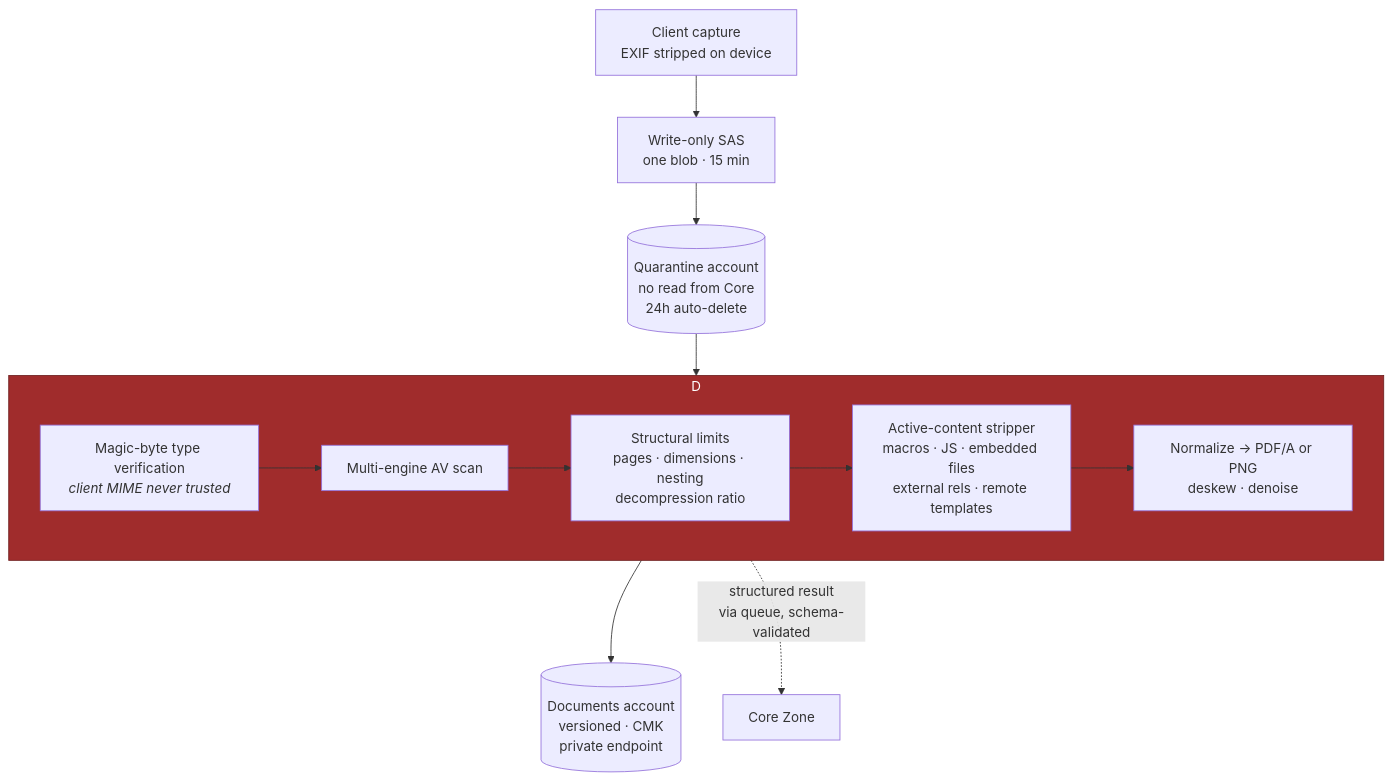
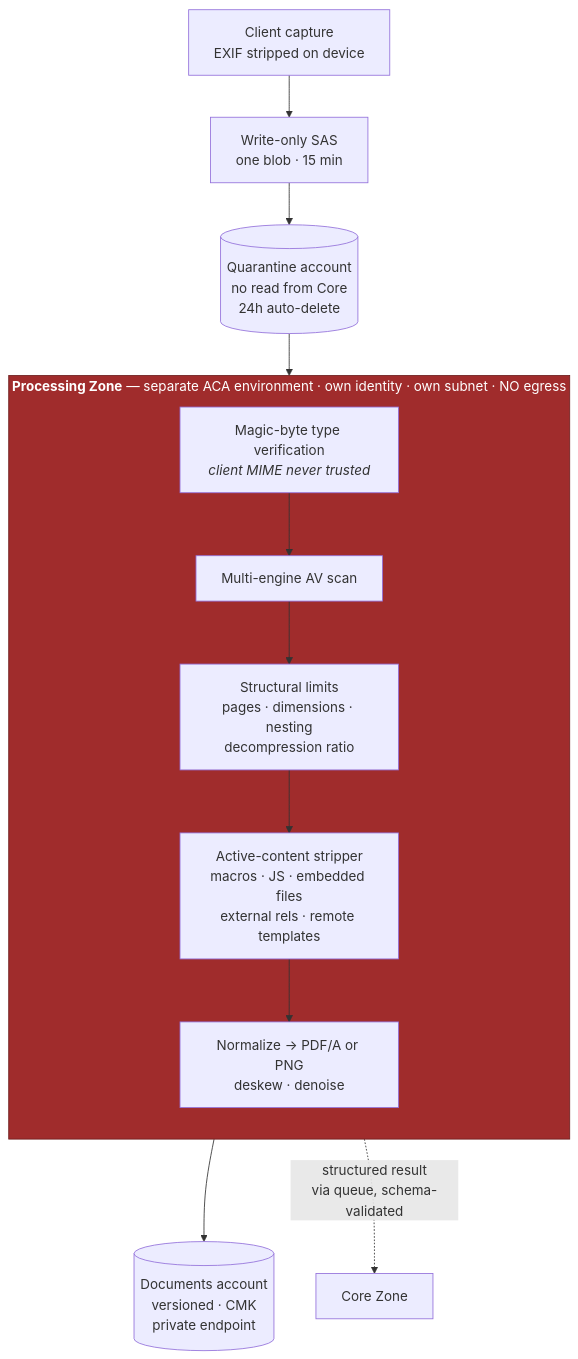
Before and after one commit to HybridCloudWorks/PEN-lapluma_app: the diagram in docs/06-security-architecture.md, drawn with Mermaid. The commit also changed 9 other files, not shown here.

````diff
--- a/docs/06-security-architecture.md
+++ b/docs/06-security-architecture.md
@@ -178,18 +178,19 @@
 ```mermaid
 flowchart TB
   A["Client capture<br/>EXIF stripped on device"] --> B["Write-only SAS<br/>one blob · 15 min"]
   B --> C[("Quarantine account<br/>no read from Core<br/>24h auto-delete")]
-  C --> D["<b>Processing Zone</b><br/>separate ACA environment<br/>own identity · own subnet"]
-  subgraph D
+  subgraph PROC["<b>Processing Zone</b> — separate ACA environment · own identity · own subnet · NO egress"]
+    direction TB
     E["Magic-byte type verification<br/><i>client MIME never trusted</i>"]
     F["Multi-engine AV scan"]
     G["Structural limits<br/>pages · dimensions · nesting<br/>decompression ratio"]
     H["Active-content stripper<br/>macros · JS · embedded files<br/>external rels · remote templates"]
     I["Normalize → PDF/A or PNG<br/>deskew · denoise"]
     E --> F --> G --> H --> I
   end
-  D --> J[("Documents account<br/>versioned · CMK<br/>private endpoint")]
-  D -.->|"structured result<br/>via queue, schema-validated"| K["Core Zone"]
+  C --> E
+  I --> J[("Documents account<br/>versioned · CMK<br/>private endpoint")]
+  I -.->|"structured result<br/>via queue, schema-validated"| K["Core Zone"]
 
-  style D fill:#a02c2c,stroke:#6e1e1e,color:#fff
+  style PROC fill:#a02c2c,stroke:#6e1e1e,color:#fff
 ```
````
